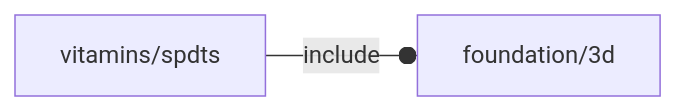
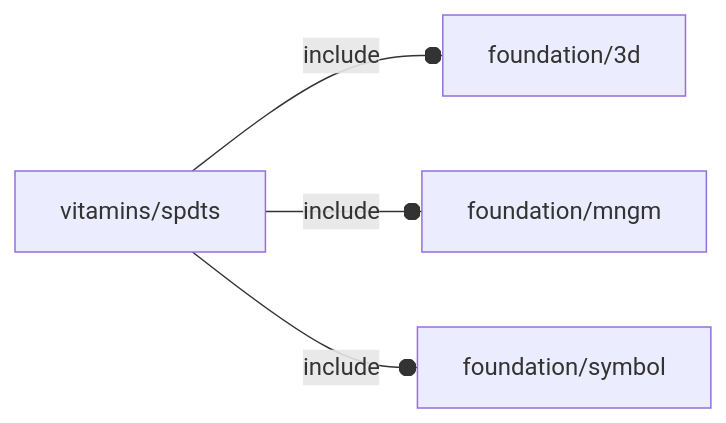
Before and after one commit to ggabbiani/OFL: the diagram in orthodocs/vitamins/spdts.md, drawn with Mermaid. The commit also changed other lines of this file and 39 other files, not shown here.

````diff
--- a/orthodocs/vitamins/spdts.md
+++ b/orthodocs/vitamins/spdts.md
@@ -5,4 +5,6 @@
 ```mermaid
 graph LR
     A1[vitamins/spdts] --o|include| A2[foundation/3d]
+    A1 --o|include| A3[foundation/mngm]
+    A1 --o|include| A4[foundation/symbol]
 ```
````
